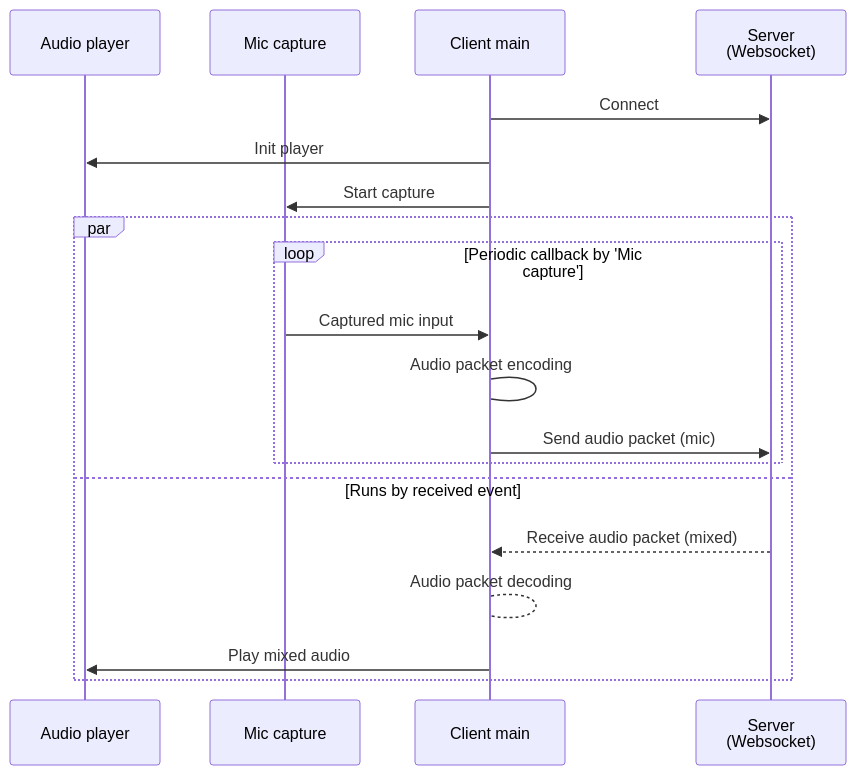
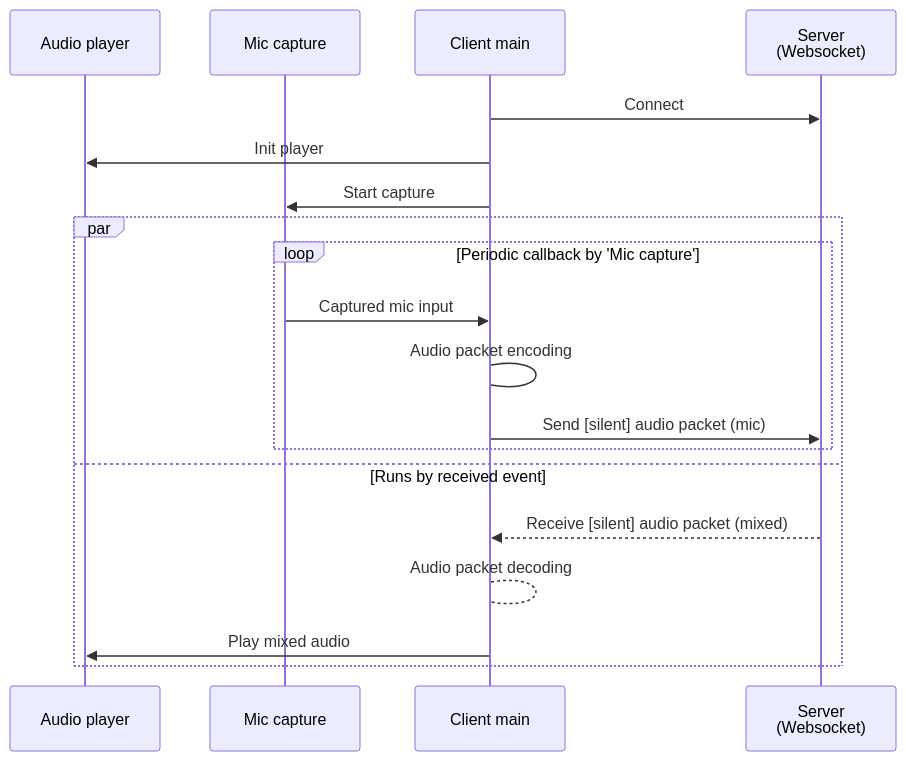
The diagram in designs/audio-client-sequence.md (aKuad/web-intercom), drawn with Mermaid before and after one commit.

Commit message:
Mod: Silent-audio-packet desc added to audio-client-sequence

````diff
--- a/designs/audio-client-sequence.md
+++ b/designs/audio-client-sequence.md
@@ -3,23 +3,23 @@
 ```mermaid
 sequenceDiagram
   participant AP as Audio player
   participant MC as Mic capture
   participant CM as Client main
   participant WSS as Server<br>(Websocket)
 
   CM->>WSS: Connect
   CM->>AP: Init player
   CM->>MC: Start capture
 
   par
     loop Periodic callback by 'Mic capture'
       MC->>CM: Captured mic input
       CM->CM: Audio packet encoding
-      CM->>WSS: Send audio packet (mic)
+      CM->>WSS: Send [silent] audio packet (mic)
     end
   and Runs by received event
-    WSS-->>CM: Receive audio packet (mixed)
+    WSS-->>CM: Receive [silent] audio packet (mixed)
     CM-->CM: Audio packet decoding
     CM->>AP: Play mixed audio
   end
 ```
````
